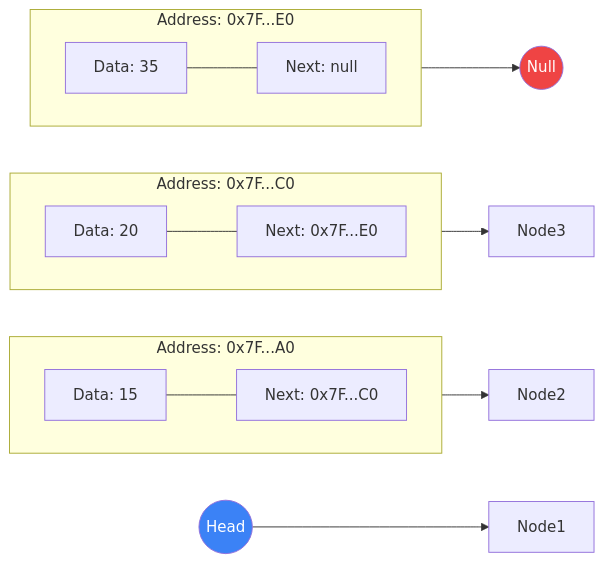
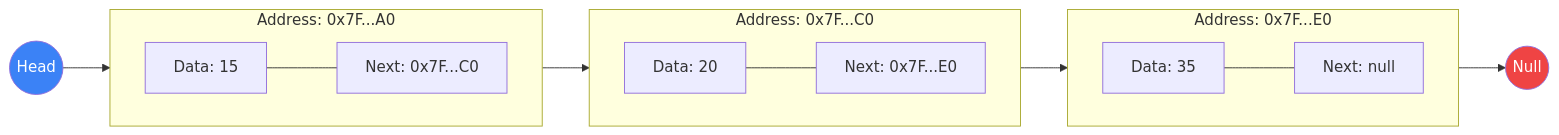
One commit to maitieubao/VisualizationDSA changed the first of 4 diagrams in frontend/src/features/docs/content/linked-list/linked-list-basics.md. Above: the diagram before and after it, drawn with Mermaid. The commit also changed 570 other files, not shown here.

````diff
--- a/frontend/src/features/docs/content/linked-list/linked-list-basics.md
+++ b/frontend/src/features/docs/content/linked-list/linked-list-basics.md
@@ -26,26 +26,26 @@
 ```mermaid
 flowchart LR
     Head(("Head")) --> Node1
     
-    subgraph Node 1 [Address: 0x7F...A0]
+    subgraph Node1 [Address: 0x7F...A0]
         direction LR
         D1["Data: 15"] --- P1["Next: 0x7F...C0"]
     end
     
-    subgraph Node 2 [Address: 0x7F...C0]
+    subgraph Node2 [Address: 0x7F...C0]
         direction LR
         D2["Data: 20"] --- P2["Next: 0x7F...E0"]
     end
     
-    subgraph Node 3 [Address: 0x7F...E0]
+    subgraph Node3 [Address: 0x7F...E0]
         direction LR
         D3["Data: 35"] --- P3["Next: null"]
     end
     
     P1 --> Node2
     P2 --> Node3
     P3 --> Null(("Null"))
     
     style Head fill:#3b82f6,color:#fff
     style Null fill:#ef4444,color:#fff
 ```
````
